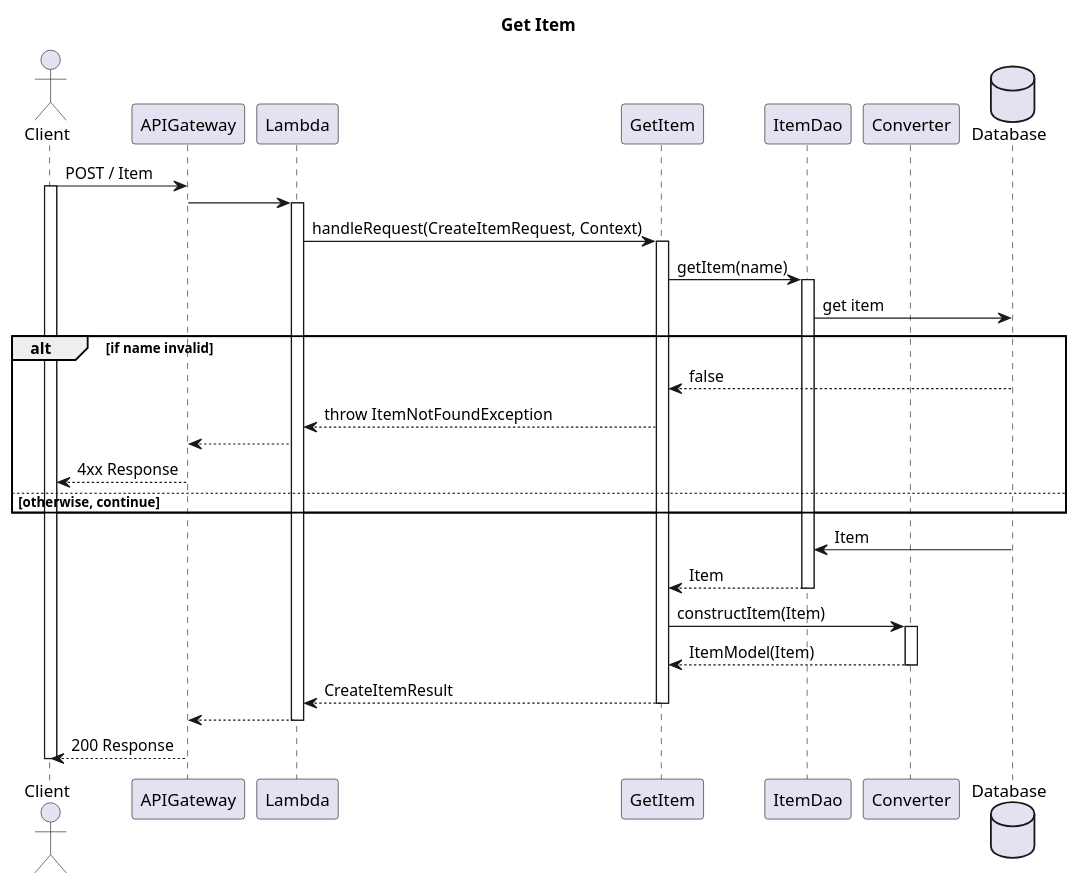
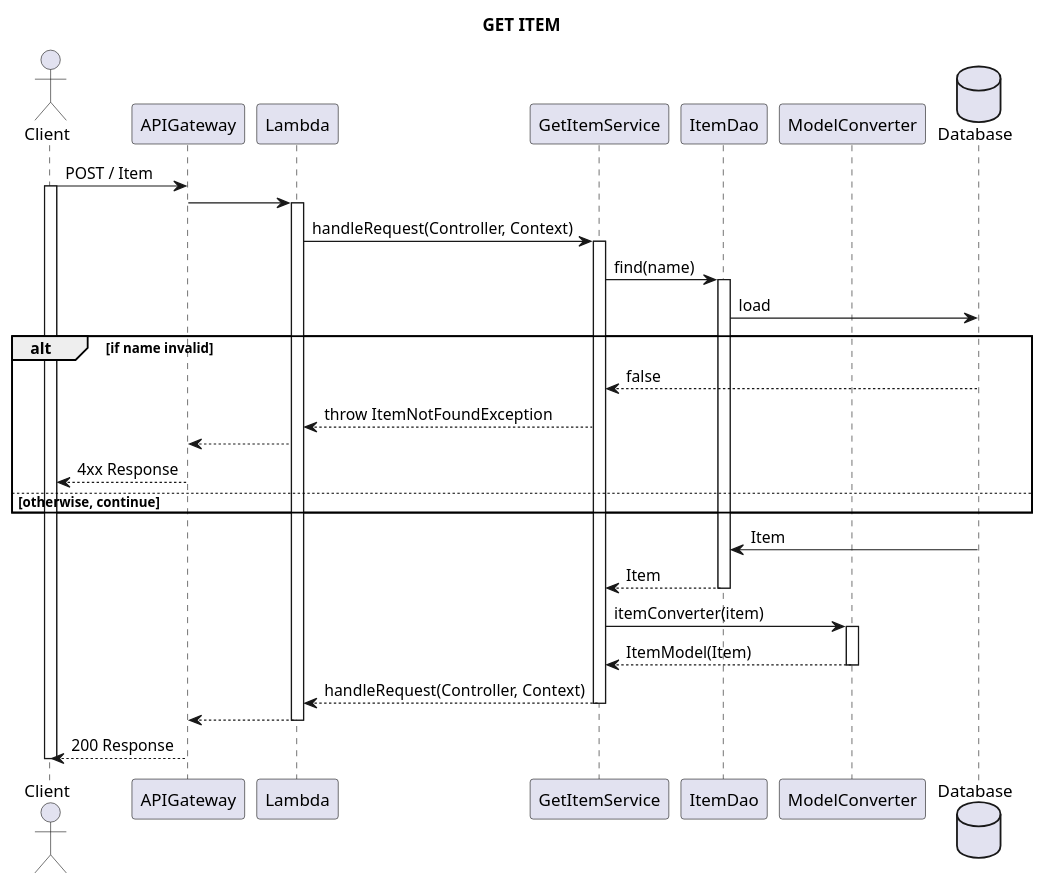
The diagram in backend/src/main/resources/Diagrams/GetItem.puml (sbjos/Inventory-Management), drawn with PlantUML before and after one commit. The commit also changed 59 other files, not shown here.

Commit message:
Updated: service class - Diagram - Documentations

```diff
--- a/backend/src/main/resources/Diagrams/GetItem.puml
+++ b/backend/src/main/resources/Diagrams/GetItem.puml
@@ -1,48 +1,48 @@
 @startuml
-title Get Item
+title GET ITEM
 
 actor Client
 participant APIGateway
 participant Lambda
-participant GetItem
+participant GetItemService
 participant ItemDao
-participant Converter
+participant ModelConverter
 database Database
 
 Client -> APIGateway : POST / Item
 activate Client
 APIGateway -> Lambda
 activate Lambda
-Lambda -> GetItem :  handleRequest(CreateItemRequest, Context)
-activate GetItem
-GetItem -> ItemDao : getItem(name)
+Lambda -> GetItemService :  handleRequest(Controller, Context)
+activate GetItemService
+GetItemService -> ItemDao : find(name)
 activate ItemDao
-ItemDao -> Database : get item
+ItemDao -> Database : load
 
 alt if name invalid
-    GetItem <-- Database : false
-    Lambda <-- GetItem : throw ItemNotFoundException
+    GetItemService <-- Database : false
+    Lambda <-- GetItemService : throw ItemNotFoundException
     APIGateway <-- Lambda
     Client <-- APIGateway : 4xx Response
 else otherwise, continue
 end
 
 ItemDao <- Database : Item
 
-GetItem <-- ItemDao : Item
+GetItemService <-- ItemDao : Item
 deactivate ItemDao
 
-GetItem -> Converter : constructItem(Item)
-activate Converter
+GetItemService -> ModelConverter : itemConverter(item)
+activate ModelConverter
 
-GetItem <-- Converter : ItemModel(Item)
-deactivate Converter
+GetItemService <-- ModelConverter : ItemModel(Item)
+deactivate ModelConverter
 
-Lambda <-- GetItem : CreateItemResult
-deactivate GetItem
+Lambda <-- GetItemService : handleRequest(Controller, Context)
+deactivate GetItemService
 APIGateway <-- Lambda
 deactivate Lambda
 Client <-- APIGateway : 200 Response
 deactivate Client
 
 @enduml
```
